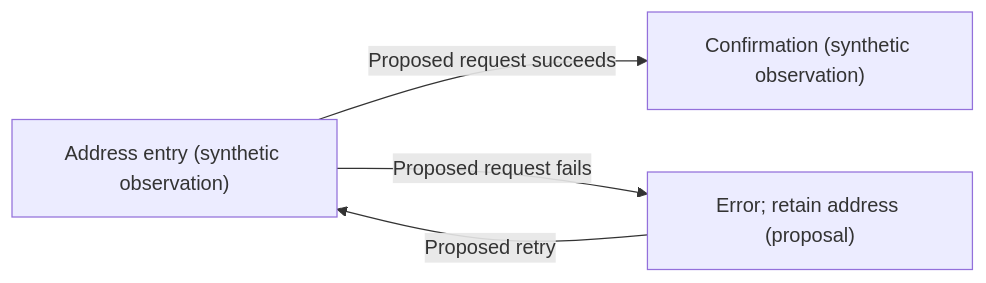
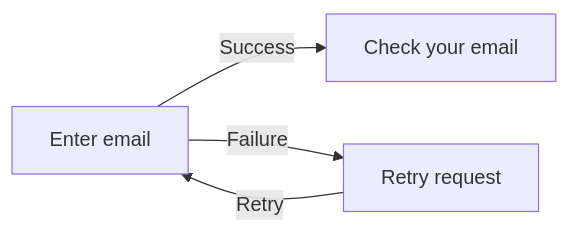
Before and after one commit to niklas-westman/penpair: the diagram in examples/design-release-maps/README.md, drawn with Mermaid. The commit also changed other lines of this file and 31 other files, not shown here.

````diff
--- a/examples/design-release-maps/README.md
+++ b/examples/design-release-maps/README.md
@@ -23,9 +23,9 @@
 ```mermaid
 flowchart LR
-    Entry["Address entry (synthetic observation)"]
-    Confirm["Confirmation (synthetic observation)"]
-    Error["Error; retain address (proposal)"]
-    Entry -->|"Proposed request succeeds"| Confirm
-    Entry -->|"Proposed request fails"| Error
-    Error -->|"Proposed retry"| Entry
+    Entry["Enter email"]
+    Confirm["Check your email"]
+    Error["Retry request"]
+    Entry -->|"Success"| Confirm
+    Entry -->|"Failure"| Error
+    Error -->|"Retry"| Entry
 ```
````
